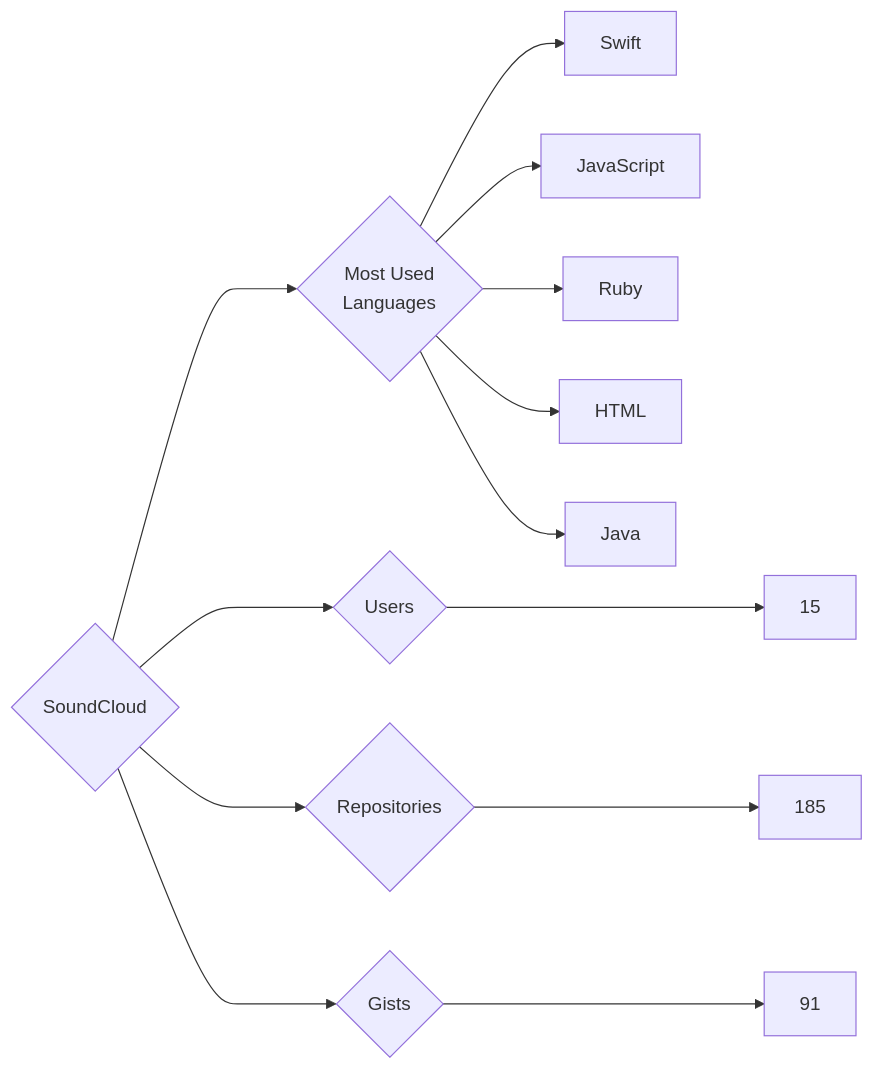
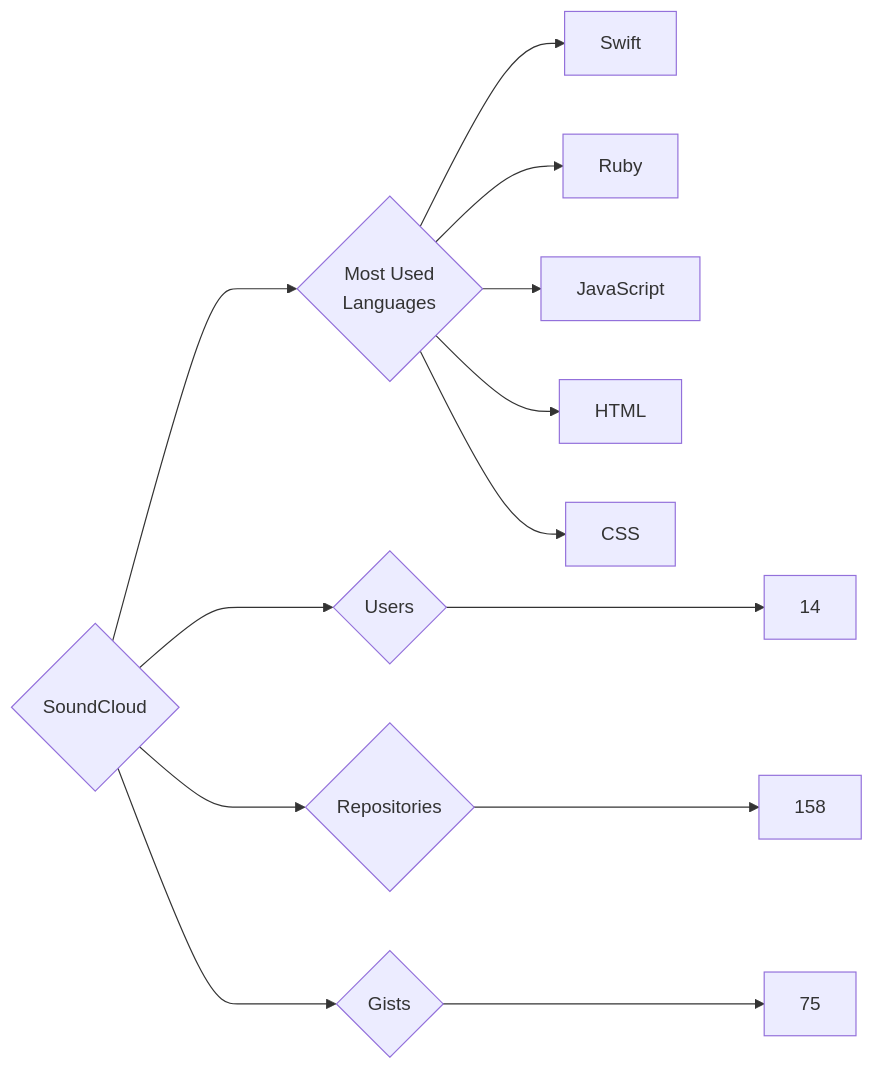
One commit to trickest/insiders changed the diagram in targets/SoundCloud/README.md. Above: the diagram before and after it, drawn with Mermaid. The commit also changed 797 other files, not shown here.

````diff
--- a/targets/SoundCloud/README.md
+++ b/targets/SoundCloud/README.md
@@ -3,13 +3,13 @@
 ```mermaid
 graph LR
 COMPANY_NAME{SoundCloud}
-COMPANY_NAME ---> U{Users} ---> UN[15]
-COMPANY_NAME ---> R{Repositories} ---> RN[185]
-COMPANY_NAME ---> G{Gists} ---> GN[91]
+COMPANY_NAME ---> U{Users} ---> UN[14]
+COMPANY_NAME ---> R{Repositories} ---> RN[158]
+COMPANY_NAME ---> G{Gists} ---> GN[75]
 COMPANY_NAME ---> ML{Most Used<br>Languages}
 ML --> Swift[Swift]
+ML --> Ruby[Ruby]
 ML --> JavaScript[JavaScript]
-ML --> Ruby[Ruby]
 ML --> HTML[HTML]
-ML --> Java[Java]
+ML --> CSS[CSS]
 ```
````
